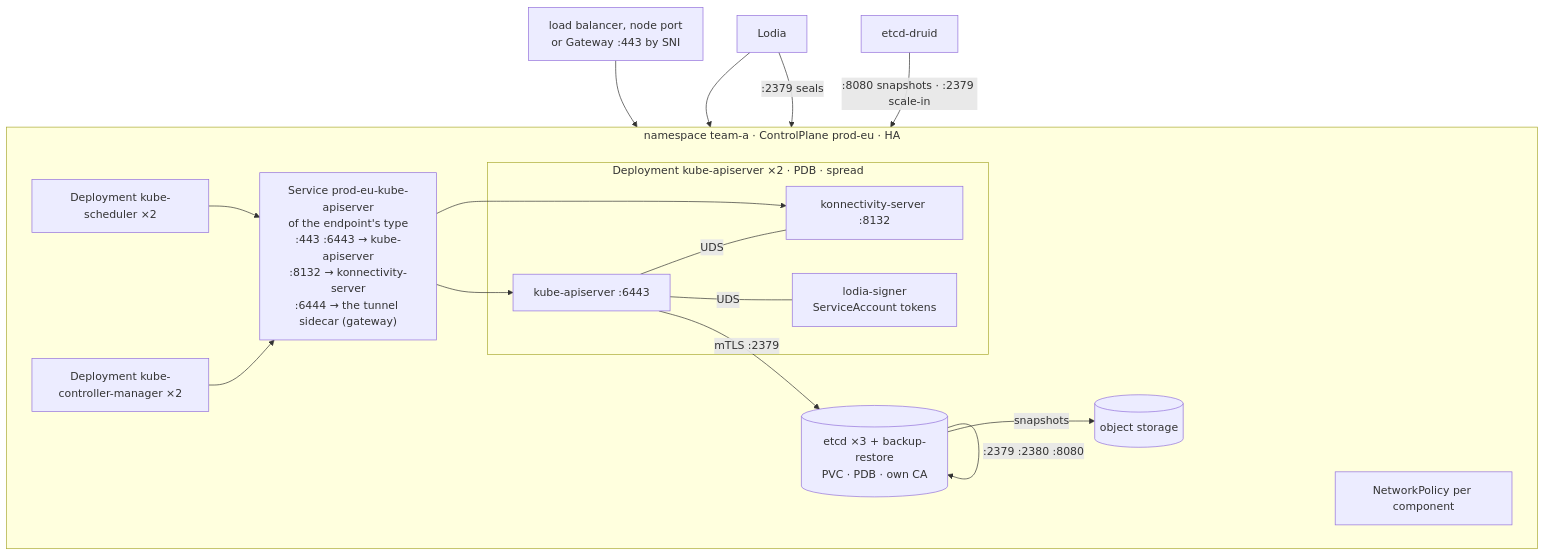
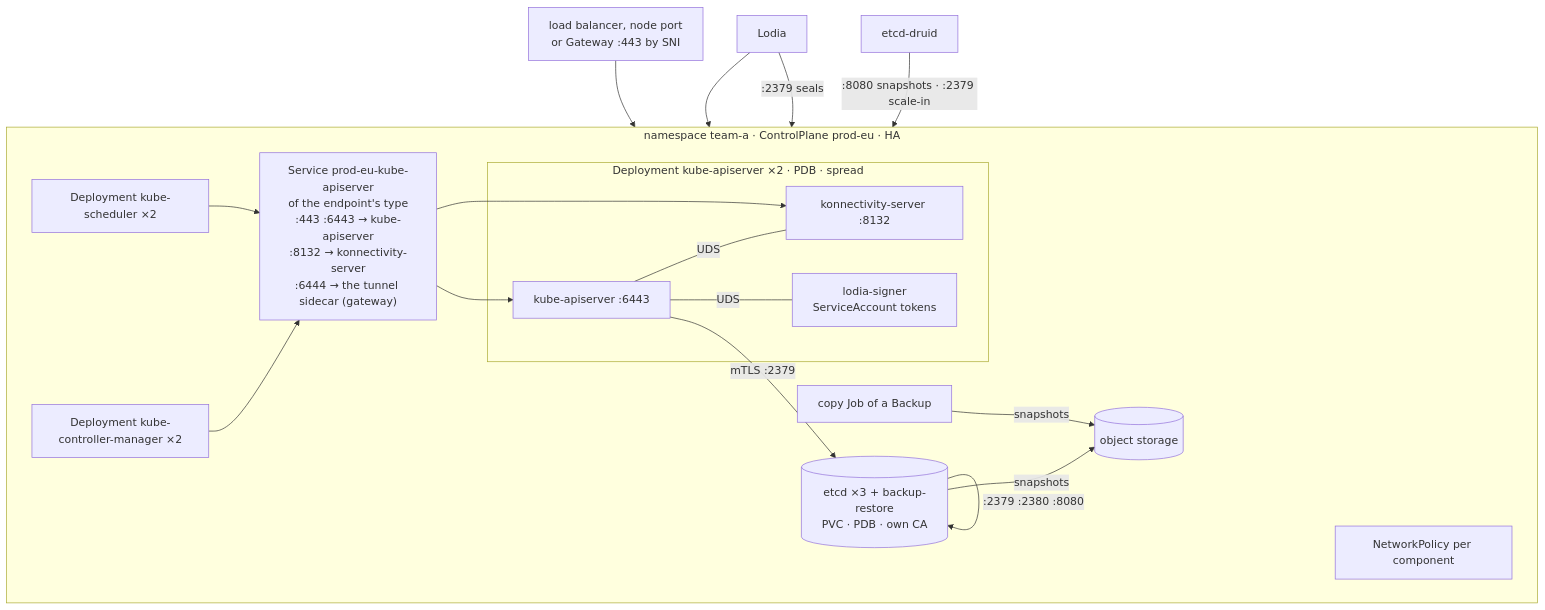
The third of 7 diagrams in docs/README.md (lodia-io/lodia), drawn with Mermaid before and after one commit. The commit also changed other lines of this file, not shown here.

First line of the commit message:
docs: a Backup's copy Job reaches object storage too

````diff
--- a/docs/README.md
+++ b/docs/README.md
@@ -85,25 +85,26 @@
 ```mermaid
 flowchart TB
   subgraph ns["namespace team-a · ControlPlane prod-eu · HA"]
     direction LR
     subgraph kas["Deployment kube-apiserver ×2 · PDB · spread"]
       a["kube-apiserver :6443"] ---|UDS| k["konnectivity-server :8132"]
       a ---|UDS| sg["lodia-signer<br/>ServiceAccount tokens"]
     end
     kcm["Deployment kube-controller-manager ×2"]
     sch["Deployment kube-scheduler ×2"]
     etcd[("etcd ×3 + backup-restore<br/>PVC · PDB · own CA")]
     svc["Service prod-eu-kube-apiserver<br/>of the endpoint's type<br/>:443 :6443 → kube-apiserver<br/>:8132 → konnectivity-server<br/>:6444 → the tunnel sidecar (gateway)"]
     np["NetworkPolicy per component"]
     kcm --> svc --> a
     sch --> svc
     svc --> k
     a -->|mTLS :2379| etcd
     etcd -->|":2379 :2380 :8080"| etcd
     etcd -->|snapshots| s3[(object storage)]
+    cj["copy Job of a Backup"] -->|snapshots| s3
   end
   ep["load balancer, node port<br/>or Gateway :443 by SNI"] --> svc
   op["Lodia"] --> svc
   op -->|":2379 seals"| etcd
   druid["etcd-druid"] -->|":8080 snapshots · :2379 scale-in"| etcd
 ```
````
